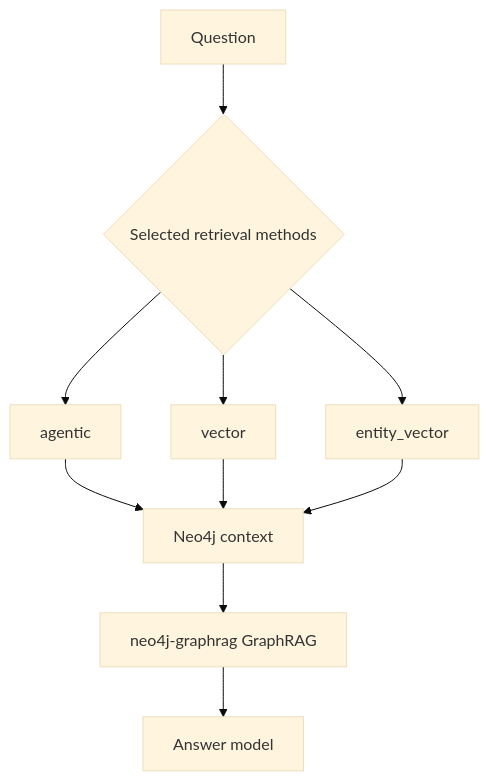
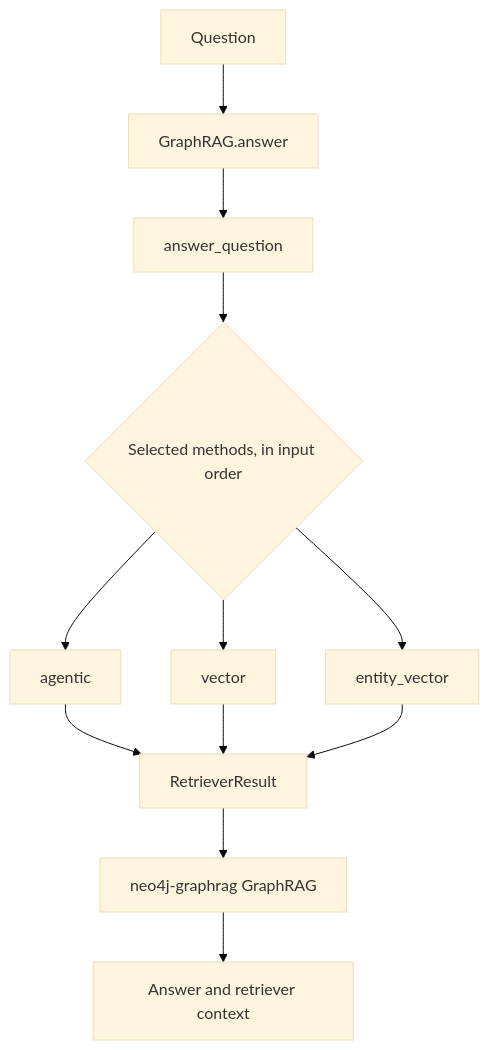
Before and after one commit to udit19199/RecRAG: the first of 2 diagrams in docs/graphrag/retrieval.md, drawn with Mermaid (base theme). The commit also changed other lines of this file and 25 other files, not shown here.

````diff
--- a/docs/graphrag/retrieval.md
+++ b/docs/graphrag/retrieval.md
@@ -7,12 +13,14 @@
 ```mermaid
 flowchart TD
-    A[Question] --> B{Selected retrieval methods}
-    B --> C[agentic]
-    B --> D[vector]
-    B --> E[entity_vector]
-    C --> F[Neo4j context]
-    D --> F
-    E --> F
-    F --> G[neo4j-graphrag GraphRAG]
-    G --> H[Answer model]
+    A[Question] --> B[GraphRAG.answer]
+    B --> C[answer_question]
+    C --> D{Selected methods, in input order}
+    D --> E[agentic]
+    D --> F[vector]
+    D --> G[entity_vector]
+    E --> H[RetrieverResult]
+    F --> H
+    G --> H
+    H --> I[neo4j-graphrag GraphRAG]
+    I --> J[Answer and retriever context]
 ```
````
